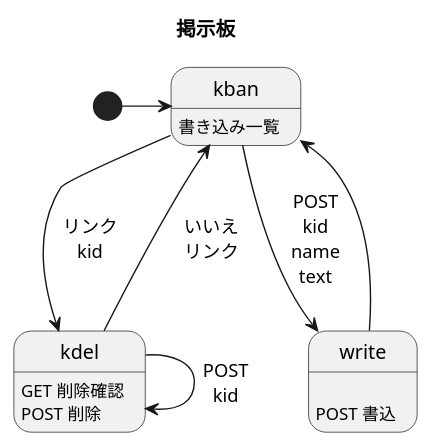
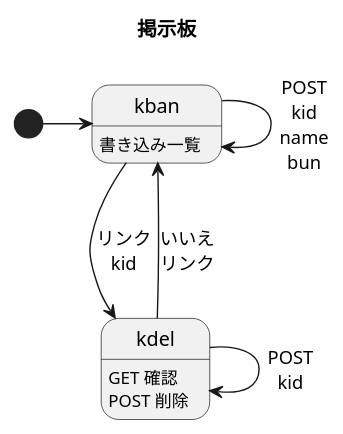
The diagram in uml/trans.pu (Tranoske/WebExample), drawn with PlantUML before and after one commit. The commit also changed 4 other files, not shown here.

Commit message:
図

```diff
--- a/uml/trans.pu
+++ b/uml/trans.pu
@@ -1,14 +1,12 @@
 @startuml
 title 掲示板
 kban : 書き込み一覧
-kdel:GET 削除確認\nPOST 削除
-write:\nPOST 書込
+kdel:GET 確認\nPOST 削除
 
 [*]->kban
 kban-->kdel:リンク\nkid
 kdel-->kban:いいえ\nリンク
 kdel-->kdel:POST\nkid
-kban-->write:POST\nkid\nname\ntext
-write-->kban
+kban-->kban:POST\nkid\nname\nbun
 
 @enduml
```
